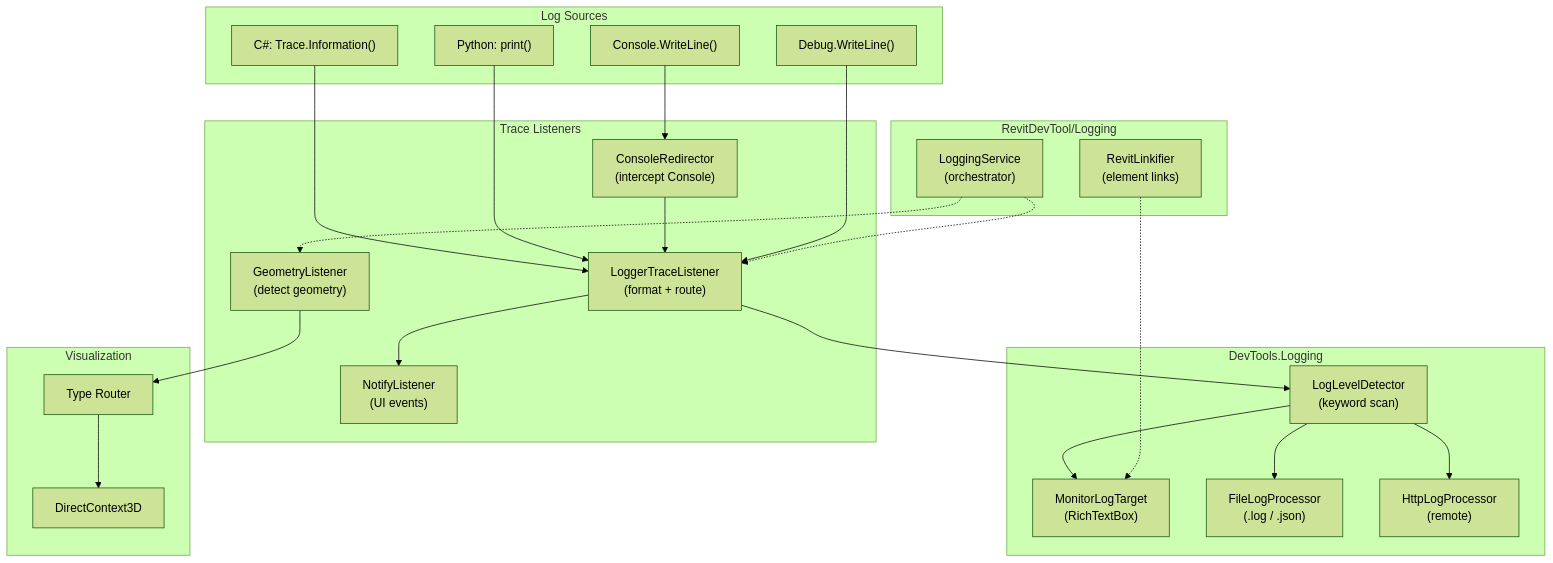
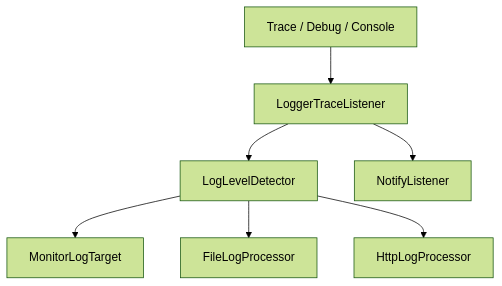
One commit to trgiangv/RevitDevTool changed the first of 2 diagrams in docs/Logging/README.md. Above: the diagram before and after it, drawn with Mermaid (forest theme). The commit also changed other lines of this file and 62 other files, not shown here.

First line of the commit message:
docs(agents): update documentation for module architecture and execution system

````diff
--- a/docs/Logging/README.md
+++ b/docs/Logging/README.md
@@ -11,49 +24,17 @@
 ```mermaid
 flowchart TB
-    subgraph Sources["Log Sources"]
-        CSharp["C#: Trace.Information()"]
-        Python["Python: print()"]
-        Console["Console.WriteLine()"]
-        Debug["Debug.WriteLine()"]
-    end
+    Trace["Trace / Debug / Console"]
+    Listener["LoggerTraceListener"]
+    Detector["LogLevelDetector"]
+    Monitor["MonitorLogTarget"]
+    File["FileLogProcessor"]
+    Http["HttpLogProcessor"]
+    Notify["NotifyListener"]
 
-    subgraph Listeners["Trace Listeners"]
-        Logger["LoggerTraceListener\n(format + route)"]
-        ConsoleR["ConsoleRedirector\n(intercept Console)"]
-        Geometry["GeometryListener\n(detect geometry)"]
-        Notify["NotifyListener\n(UI events)"]
-    end
-
-    subgraph LoggingLib["DevTools.Logging"]
-        Detector["LogLevelDetector\n(keyword scan)"]
-        Monitor["MonitorLogTarget\n(RichTextBox)"]
-        FileLog["FileLogProcessor\n(.log / .json)"]
-        HttpLog["HttpLogProcessor\n(remote)"]
-    end
-
-    subgraph RevitHost["RevitDevTool/Logging"]
-        LogSvc["LoggingService\n(orchestrator)"]
-        Linkify["RevitLinkifier\n(element links)"]
-    end
-
-    subgraph Viz["Visualization"]
-        Router["Type Router"]
-        DC3D["DirectContext3D"]
-    end
-
-    CSharp --> Logger
-    Python --> Logger
-    Console --> ConsoleR
-    ConsoleR --> Logger
-    Debug --> Logger
-    Logger --> Detector
+    Trace --> Listener
+    Listener --> Detector
     Detector --> Monitor
-    Detector --> FileLog
-    Detector --> HttpLog
-    Geometry --> Router
-    Router --> DC3D
-    Logger --> Notify
-    LogSvc -.-> Logger
-    LogSvc -.-> Geometry
-    Linkify -.-> Monitor
+    Detector --> File
+    Detector --> Http
+    Listener --> Notify
 ```
````
